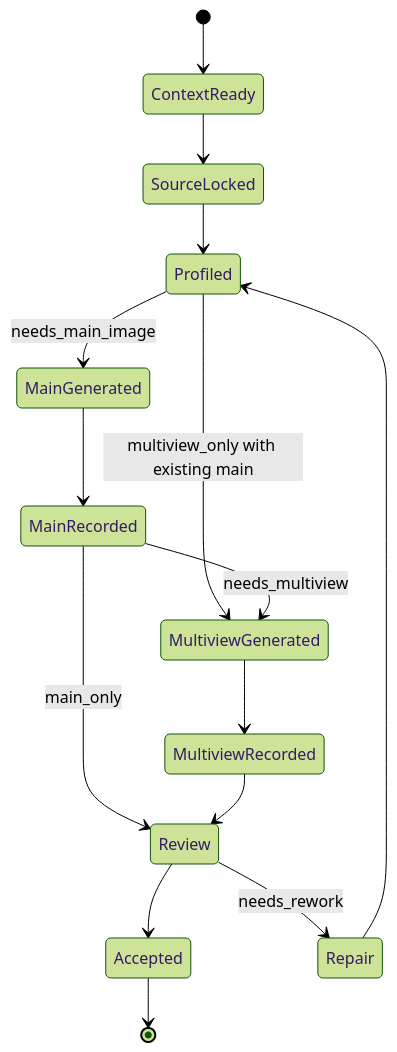
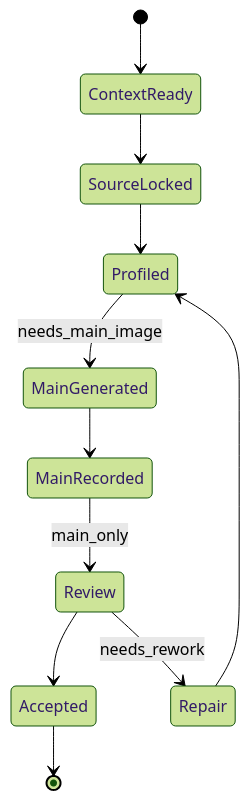
Before and after one commit to ZEN-VOID/AI-CUT: the third of 3 diagrams in .agents/skills/aigc/3-主体/场景/3-生成/SKILL.md, drawn with Mermaid (forest theme). The commit also changed other lines of this file and 49 other files, not shown here.

````diff
--- a/.agents/skills/aigc/3-主体/场景/3-生成/SKILL.md
+++ b/.agents/skills/aigc/3-主体/场景/3-生成/SKILL.md
@@ -149,17 +154,13 @@
 ```mermaid
 stateDiagram-v2
     [*] --> ContextReady
     ContextReady --> SourceLocked
     SourceLocked --> Profiled
     Profiled --> MainGenerated: needs_main_image
-    Profiled --> MultiviewGenerated: multiview_only with existing main
     MainGenerated --> MainRecorded
-    MainRecorded --> MultiviewGenerated: needs_multiview
-    MultiviewGenerated --> MultiviewRecorded
     MainRecorded --> Review: main_only
-    MultiviewRecorded --> Review
     Review --> Accepted
     Review --> Repair: needs_rework
     Repair --> Profiled
     Accepted --> [*]
 ```
````
